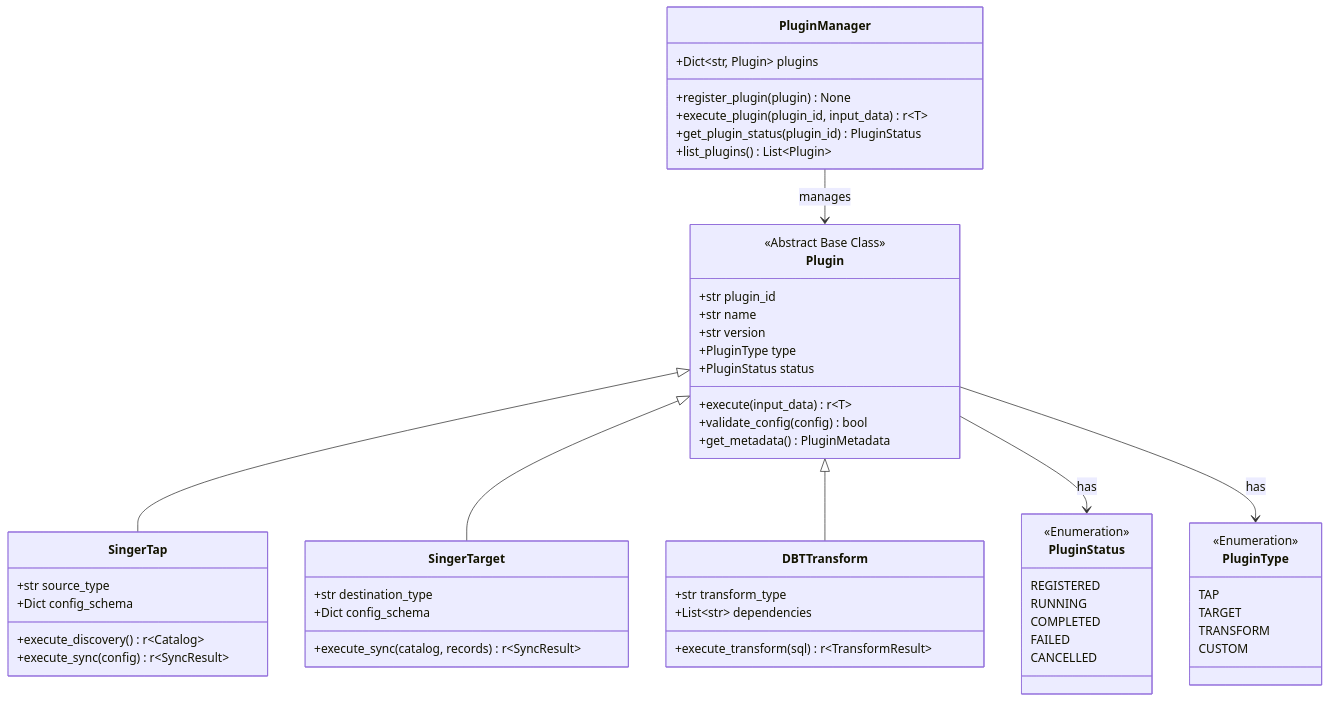
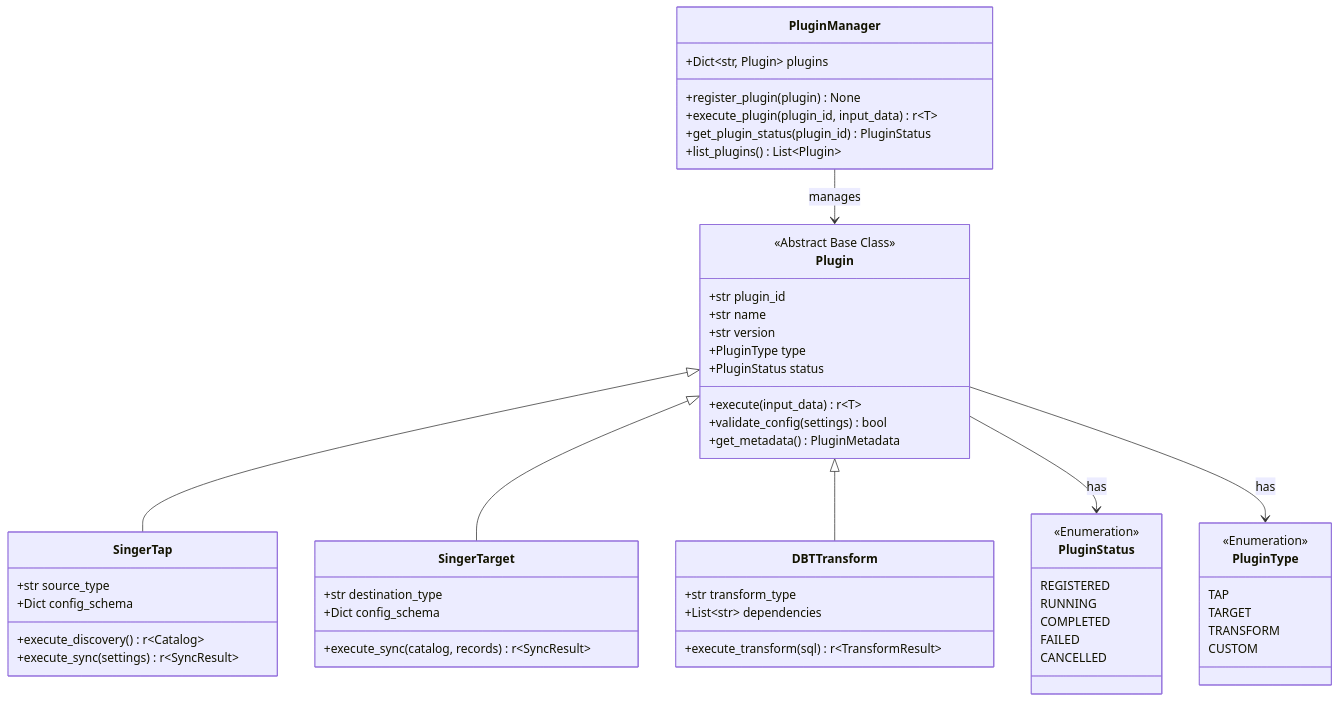
Before and after one commit to flext-sh/flext: the eighth of 10 diagrams in docs/architecture/c4-model/code-diagrams.md, drawn with Mermaid. The commit also changed 231 other files, not shown here.

````diff
--- a/docs/architecture/c4-model/code-diagrams.md
+++ b/docs/architecture/c4-model/code-diagrams.md
@@ -395,65 +395,65 @@
 ```mermaid
 classDiagram
     class PluginManager {
         +Dict~str, Plugin~ plugins
         +register_plugin(plugin) None
         +execute_plugin(plugin_id, input_data) r~T~
         +get_plugin_status(plugin_id) PluginStatus
         +list_plugins() List~Plugin~
     }
 
     class Plugin {
         <<Abstract Base Class>>
         +str plugin_id
         +str name
         +str version
         +PluginType type
         +PluginStatus status
         +execute(input_data) r~T~
-        +validate_config(config) bool
+        +validate_config(settings) bool
         +get_metadata() PluginMetadata
     }
 
     class SingerTap {
         +str source_type
         +Dict config_schema
         +execute_discovery() r~Catalog~
-        +execute_sync(config) r~SyncResult~
+        +execute_sync(settings) r~SyncResult~
     }
 
     class SingerTarget {
         +str destination_type
         +Dict config_schema
         +execute_sync(catalog, records) r~SyncResult~
     }
 
     class DBTTransform {
         +str transform_type
         +List~str~ dependencies
         +execute_transform(sql) r~TransformResult~
     }
 
     class PluginStatus {
         <<Enumeration>>
         REGISTERED
         RUNNING
         COMPLETED
         FAILED
         CANCELLED
     }
 
     class PluginType {
         <<Enumeration>>
         TAP
         TARGET
         TRANSFORM
         CUSTOM
     }
 
     PluginManager --> Plugin : manages
     Plugin <|-- SingerTap
     Plugin <|-- SingerTarget
     Plugin <|-- DBTTransform
     Plugin --> PluginStatus : has
     Plugin --> PluginType : has
 ```
````
